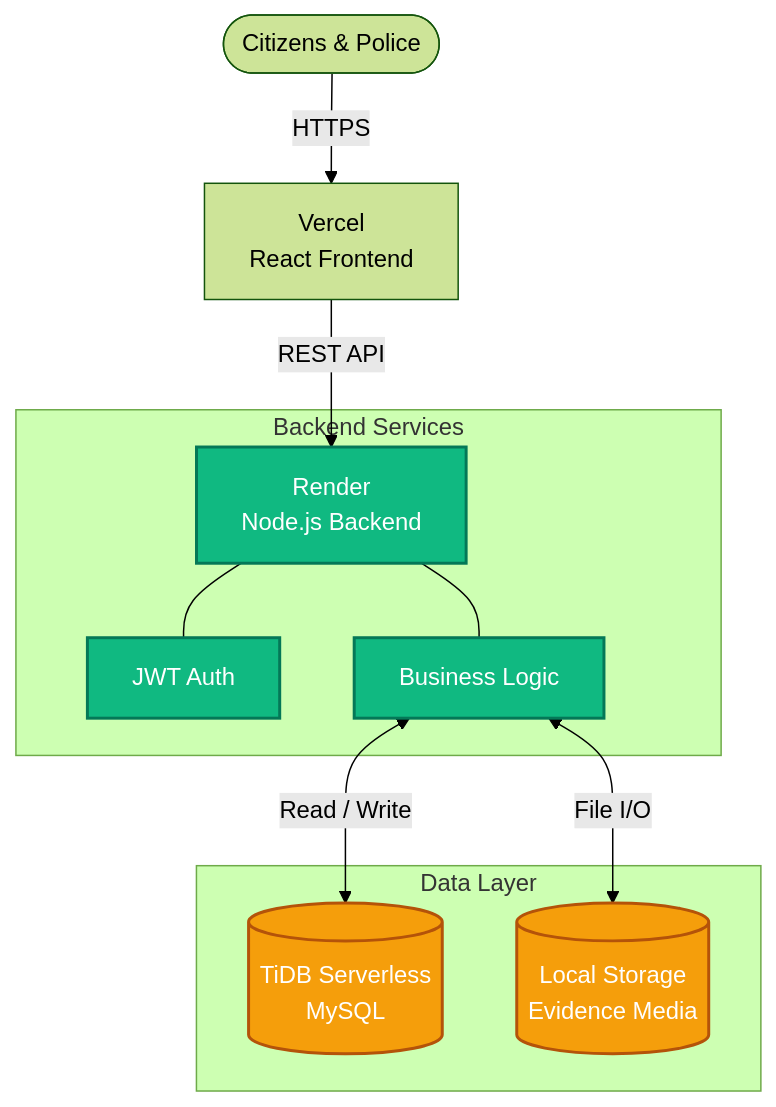
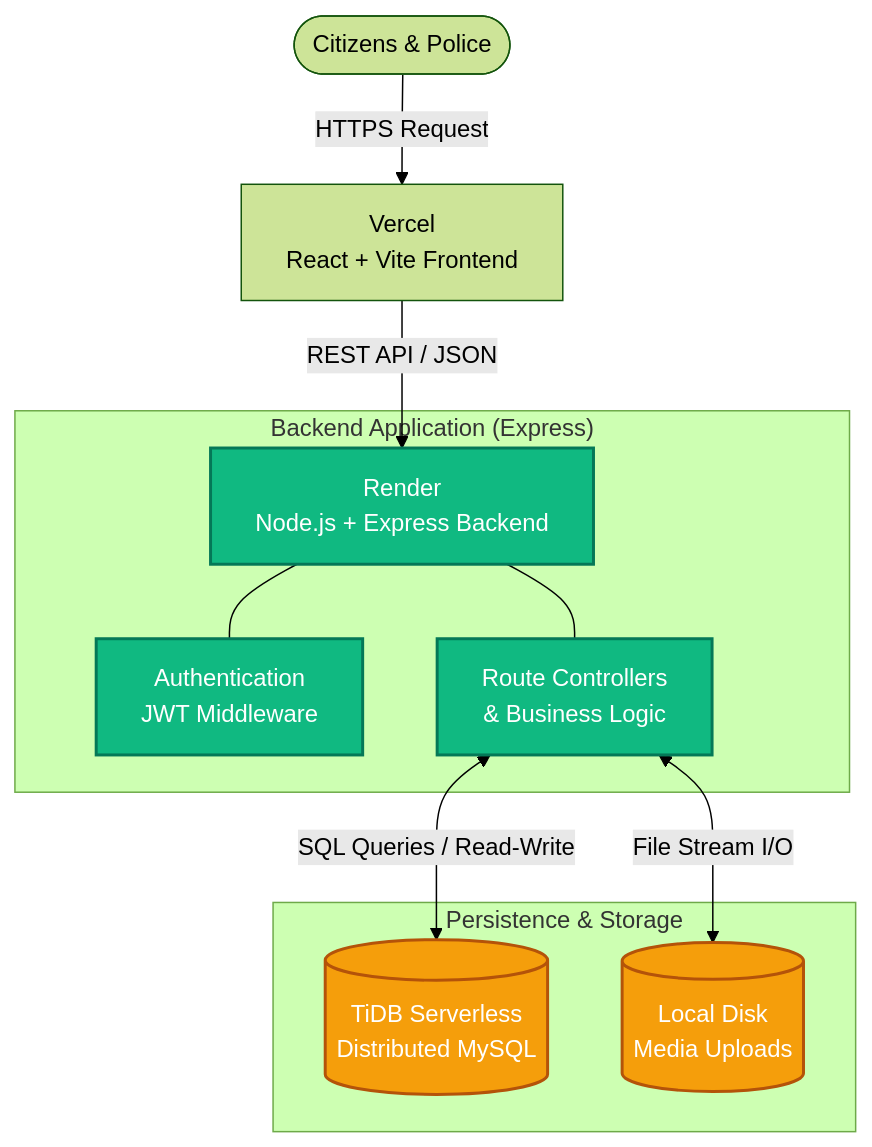
The diagram in README.md (yuvanvishnupandi/margarakshak), drawn with Mermaid (forest theme) before and after one commit. The commit also changed other lines of this file and 1 other file, not shown here.

Commit message:
docs: finalize professional README format and system design diagram

````diff
--- a/README.md
+++ b/README.md
@@ -33,25 +28,30 @@
 ```mermaid
 graph TD
-    classDef frontend fill:#3b82f6,stroke:#1d4ed8,stroke-width:2px,color:#fff;
-    classDef backend fill:#10b981,stroke:#047857,stroke-width:2px,color:#fff;
+    %% Styling Definitions
+    classDef client fill:#3b82f6,stroke:#1d4ed8,stroke-width:2px,color:#fff;
+    classDef server fill:#10b981,stroke:#047857,stroke-width:2px,color:#fff;
     classDef database fill:#f59e0b,stroke:#b45309,stroke-width:2px,color:#fff;
 
-    User([Citizens & Police]) -->|HTTPS| Vercel[Vercel\nReact Frontend]
-    Vercel -->|REST API| Render[Render\nNode.js Backend]
+    %% Client Layer
+    Users([Citizens & Police]) -->|HTTPS Request| ReactApp[Vercel\nReact + Vite Frontend]
     
-    subgraph "Backend Services"
-        Render:::backend
-        Auth[JWT Auth]:::backend
-        Logic[Business Logic]:::backend
-        Render --- Auth
-        Render --- Logic
+    %% API Layer
+    ReactApp -->|REST API / JSON| ExpressAPI[Render\nNode.js + Express Backend]
+    
+    subgraph "Backend Application (Express)"
+        ExpressAPI:::server
+        JWT[Authentication\nJWT Middleware]:::server
+        Controllers[Route Controllers\n& Business Logic]:::server
+        ExpressAPI --- JWT
+        ExpressAPI --- Controllers
     end
     
-    subgraph "Data Layer"
-        TiDB[(TiDB Serverless\nMySQL)]:::database
-        Disk[(Local Storage\nEvidence Media)]:::database
+    subgraph "Persistence & Storage"
+        TiDB[(TiDB Serverless\nDistributed MySQL)]:::database
+        DiskStorage[(Local Disk\nMedia Uploads)]:::database
     end
 
-    Logic <-->|Read / Write| TiDB
-    Logic <-->|File I/O| Disk
+    %% Flow Connections
+    Controllers <-->|SQL Queries / Read-Write| TiDB
+    Controllers <-->|File Stream I/O| DiskStorage
 ```
````
